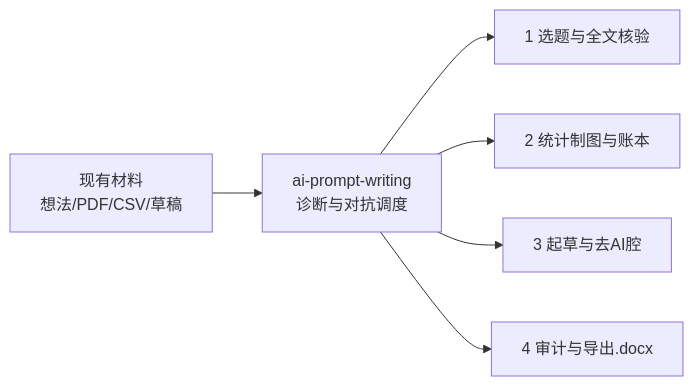
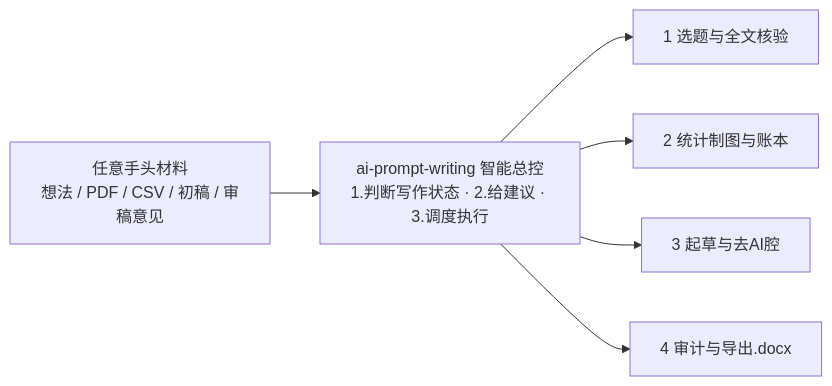
One commit to huh7i5/AI-prompts-writing changed the diagram in README.md. Above: the diagram before and after it, drawn with Mermaid. The commit also changed other lines of this file and 17 other files, not shown here.

````diff
--- a/README.md
+++ b/README.md
@@ -1625,8 +1644,8 @@
 ```mermaid
 flowchart LR
-    Raw["现有材料<br>想法/PDF/CSV/草稿"] --> Router["ai-prompt-writing<br>诊断与对抗调度"]
+    Raw["任意手头材料<br>想法 / PDF / CSV / 初稿 / 审稿意见"] --> Router["ai-prompt-writing 智能总控<br>1.判断写作状态 · 2.给建议 · 3.调度执行"]
     Router --> S1["1 选题与全文核验"]
     Router --> S2["2 统计制图与账本"]
     Router --> S3["3 起草与去AI腔"]
     Router --> S4["4 审计与导出.docx"]
 ```
````
